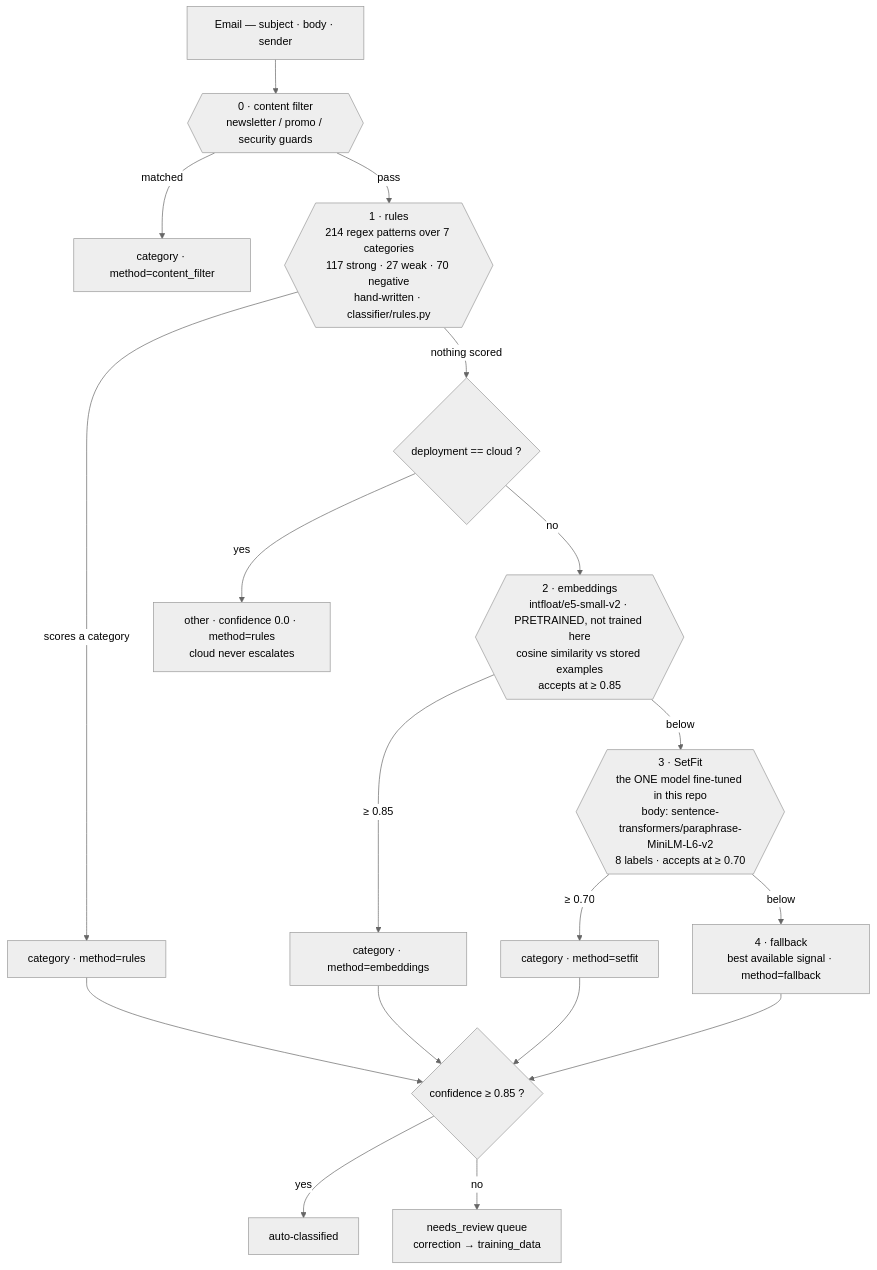
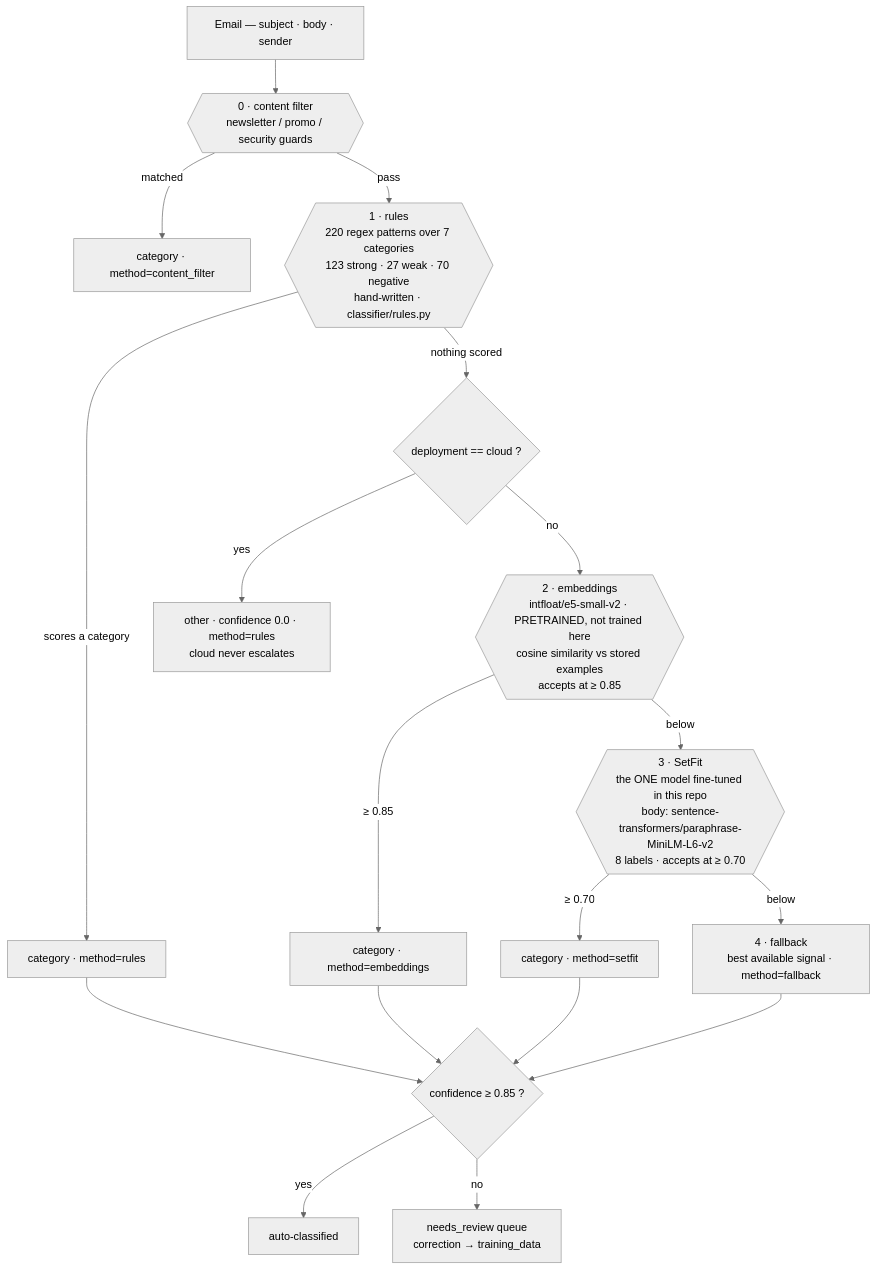
Before and after one commit to BARC1999/applied-ai: the first of 3 diagrams in README.md, drawn with Mermaid (neutral theme). The commit also changed other lines of this file and 18 other files, not shown here.

````diff
--- a/README.md
+++ b/README.md
@@ -74,32 +74,32 @@
 ```mermaid
 flowchart TB
     In["Email — subject · body · sender"] --> CF
 
     CF{{"0 · content filter<br/>newsletter / promo / security guards"}}
     CF -->|"matched"| Out1["category · method=content_filter"]
     CF -->|"pass"| R
 
-    R{{"1 · rules<br/>214 regex patterns over 7 categories<br/>117 strong · 27 weak · 70 negative<br/>hand-written · classifier/rules.py"}}
+    R{{"1 · rules<br/>220 regex patterns over 7 categories<br/>123 strong · 27 weak · 70 negative<br/>hand-written · classifier/rules.py"}}
     R -->|"scores a category"| Out2["category · method=rules"]
     R -->|"nothing scored"| CLOUD
 
     CLOUD{"deployment == cloud ?"}
     CLOUD -->|"yes"| Out3["other · confidence 0.0 · method=rules<br/>cloud never escalates"]
     CLOUD -->|"no"| E
 
     E{{"2 · embeddings<br/>intfloat/e5-small-v2 · PRETRAINED, not trained here<br/>cosine similarity vs stored examples<br/>accepts at ≥ 0.85"}}
     E -->|"≥ 0.85"| Out4["category · method=embeddings"]
     E -->|"below"| S
 
     S{{"3 · SetFit<br/>the ONE model fine-tuned in this repo<br/>body: sentence-transformers/paraphrase-MiniLM-L6-v2<br/>8 labels · accepts at ≥ 0.70"}}
     S -->|"≥ 0.70"| Out5["category · method=setfit"]
     S -->|"below"| F["4 · fallback<br/>best available signal · method=fallback"]
 
     Out2 --> G
     Out4 --> G
     Out5 --> G
     F --> G
     G{"confidence ≥ 0.85 ?"}
     G -->|"yes"| Auto["auto-classified"]
     G -->|"no"| Review["needs_review queue<br/>correction → training_data"]
 ```
````
